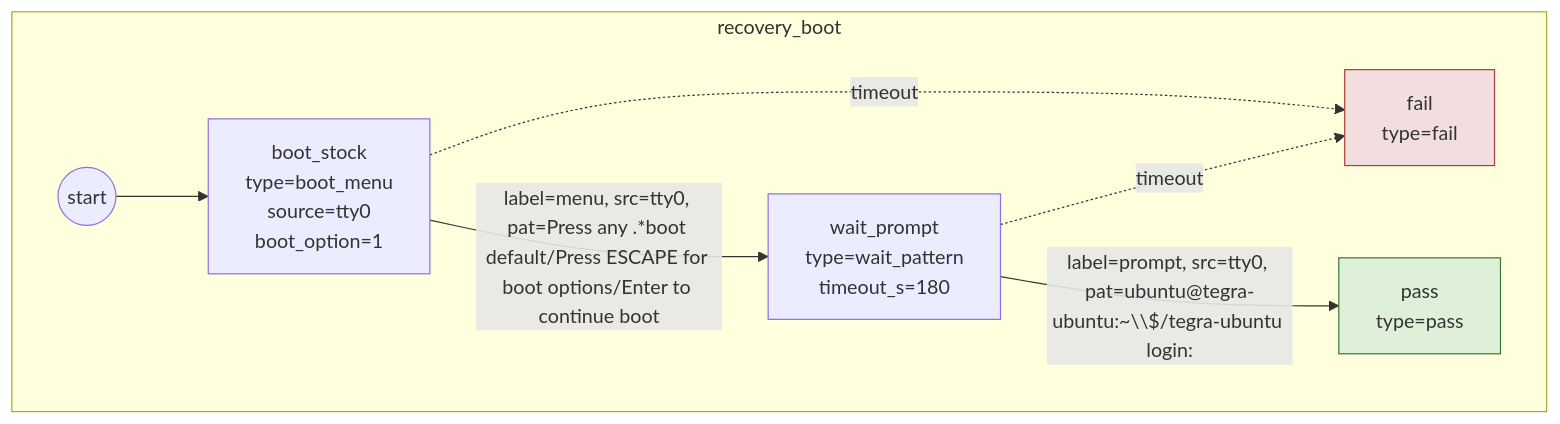
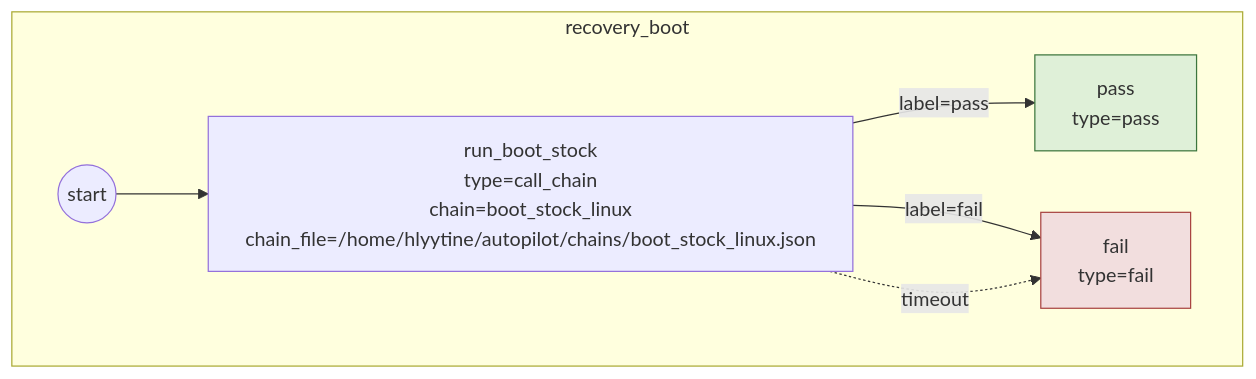
Before and after one commit to virtioso/autopilot: the diagram in diagrams/recovery_boot.mmd, drawn with Mermaid. The commit also changed 15 other files, not shown here.

Commit message:
diagrams: regenerate chain diagrams from current chain set

```diff
--- a/diagrams/recovery_boot.mmd
+++ b/diagrams/recovery_boot.mmd
@@ -1,17 +1,15 @@
 flowchart TD
 subgraph recovery_boot[recovery_boot]
 recovery_boot_start((start))
-recovery_boot_start --> recovery_boot__boot_stock
-recovery_boot__boot_stock["boot_stock<br/>type=boot_menu<br/>source=tty0<br/>boot_option=1"]
-recovery_boot__wait_prompt["wait_prompt<br/>type=wait_pattern<br/>timeout_s=180"]
+recovery_boot_start --> recovery_boot__run_boot_stock
+recovery_boot__run_boot_stock["run_boot_stock<br/>type=call_chain<br/>chain=boot_stock_linux<br/>chain_file=/home/hlyytine/autopilot/chains/boot_stock_linux.json"]
 recovery_boot__pass["pass<br/>type=pass"]
 recovery_boot__fail["fail<br/>type=fail"]
-recovery_boot__boot_stock -->|label=menu, src=tty0, pat=Press any .*boot default/Press ESCAPE for boot options/Enter to continue boot| recovery_boot__wait_prompt
-recovery_boot__boot_stock -.->|timeout| recovery_boot__fail
-recovery_boot__wait_prompt -->|label=prompt, src=tty0, pat=ubuntu@tegra-ubuntu:~\\$/tegra-ubuntu login:| recovery_boot__pass
-recovery_boot__wait_prompt -.->|timeout| recovery_boot__fail
+recovery_boot__run_boot_stock -->|label=pass| recovery_boot__pass
+recovery_boot__run_boot_stock -->|label=fail| recovery_boot__fail
+recovery_boot__run_boot_stock -.->|timeout| recovery_boot__fail
 end
 classDef pass fill:#dff0d8,stroke:#3c763d,stroke-width:1px;
 classDef fail fill:#f2dede,stroke:#a94442,stroke-width:1px;
 class recovery_boot__pass pass;
 class recovery_boot__fail fail;
```
